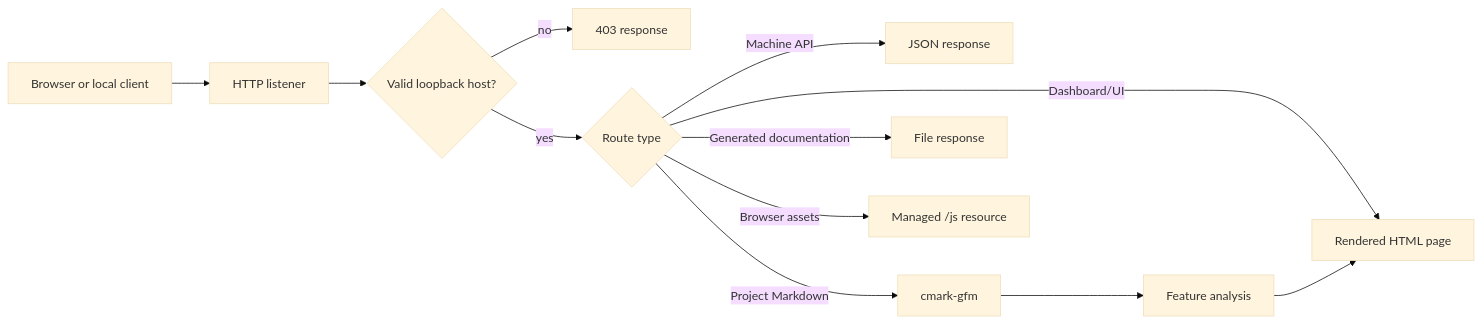
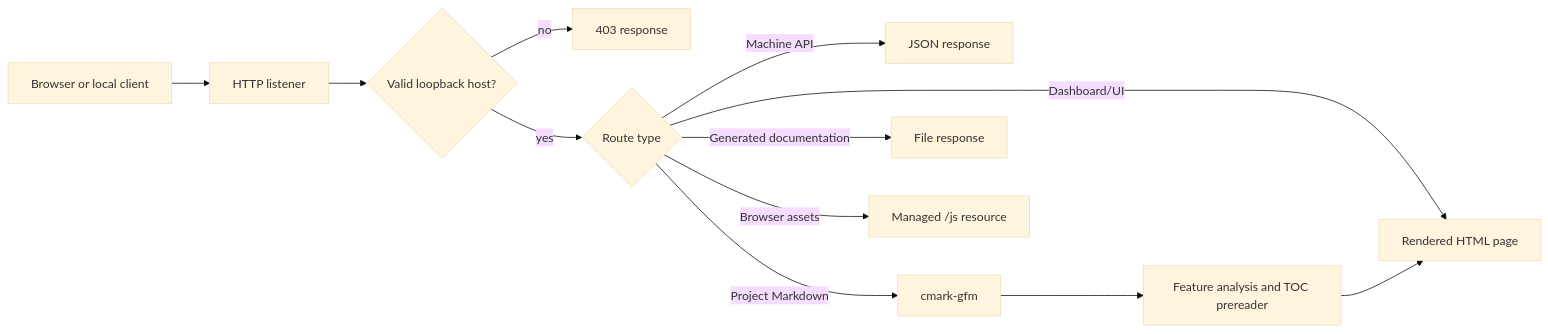
One commit to adeccscholar/BuildEngine-Admin changed the first of 2 diagrams in admin/server-docs/server.md. Above: the diagram before and after it, drawn with Mermaid (base theme). The commit also changed other lines of this file, not shown here.

Commit message:
Document Markdown TOC navigation in server guide

````diff
--- a/admin/server-docs/server.md
+++ b/admin/server-docs/server.md
@@ -51,14 +53,14 @@
 ```mermaid
 flowchart LR
    B[Browser or local client] --> H[HTTP listener]
    H --> V{Valid loopback host?}
    V -- no --> F[403 response]
    V -- yes --> R{Route type}
    R -->|Machine API| J[JSON response]
    R -->|Dashboard/UI| P[Rendered HTML page]
    R -->|Project Markdown| M[cmark-gfm]
-   M --> A[Feature analysis]
+   M --> A[Feature analysis and TOC prereader]
    A --> P
    R -->|Generated documentation| S[File response]
    R -->|Browser assets| W[Managed /js resource]
 ```
````
